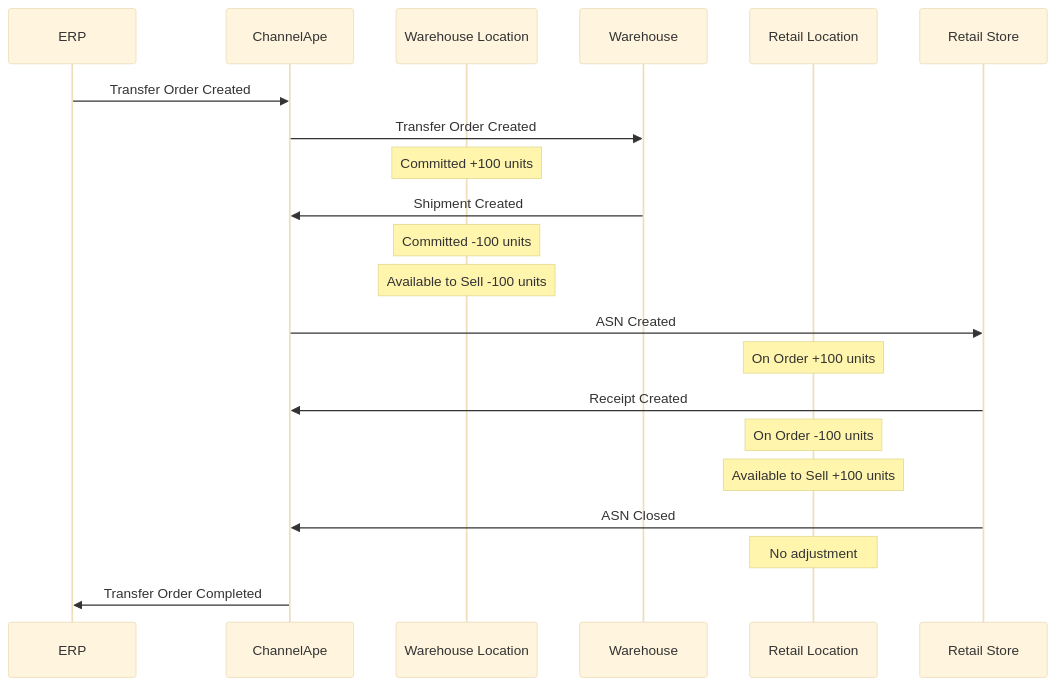
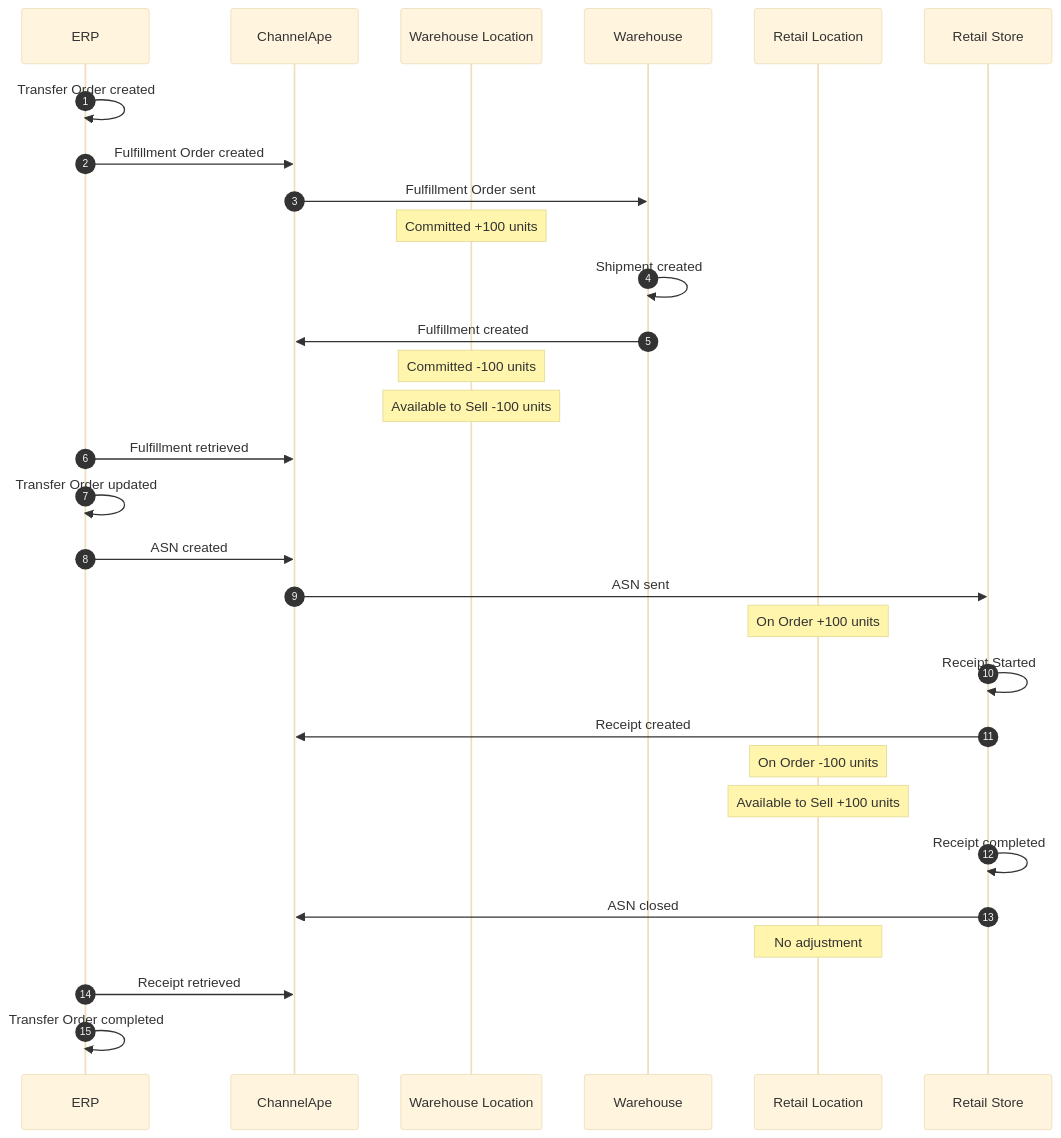
The first of 6 diagrams in data flows/transfer orders/README.md (ChannelApe/channelape-docs), drawn with Mermaid (base theme) before and after one commit. The commit also changed other lines of this file, not shown here.

Commit message:
Updated Transfer Orders & Damages Refurb examples

````diff
--- a/data flows/transfer orders/README.md
+++ b/data flows/transfer orders/README.md
@@ -7,30 +7,44 @@
 ```mermaid
 sequenceDiagram
+    autonumber
     participant ERP
     participant ChannelApe
     participant Warehouse Location
     participant Warehouse
     participant Retail Location
     participant Retail Store
 
-    ERP->>ChannelApe: Transfer Order Created
+    ERP->>ERP: Transfer Order created
+    ERP->>ChannelApe: Fulfillment Order created
 
-    ChannelApe->>Warehouse: Transfer Order Created
+    ChannelApe->>Warehouse: Fulfillment Order sent
     note over Warehouse Location: Committed +100 units
+
+    Warehouse->>Warehouse: Shipment created
     
-    Warehouse->>ChannelApe: Shipment Created
+    Warehouse->>ChannelApe: Fulfillment created
     note over Warehouse Location: Committed -100 units
     note over Warehouse Location: Available to Sell -100 units
+
+    ERP->>ChannelApe: Fulfillment retrieved
+    ERP->>ERP: Transfer Order updated
+    ERP->>ChannelApe: ASN created
     
-    ChannelApe->>Retail Store: ASN Created
+    ChannelApe->>Retail Store: ASN sent
     note over Retail Location: On Order +100 units
 
-    Retail Store->>ChannelApe: Receipt Created
+    Retail Store->>Retail Store: Receipt Started
+
+    Retail Store->>ChannelApe: Receipt created
     note over Retail Location: On Order -100 units
     note over Retail Location: Available to Sell +100 units
 
-    Retail Store->>ChannelApe: ASN Closed
+    Retail Store->>Retail Store: Receipt completed
+
+    Retail Store->>ChannelApe: ASN closed
     note over Retail Location: No adjustment
 
-    ChannelApe->>ERP: Transfer Order Completed
+    ERP->>ChannelApe: Receipt retrieved
+
+    ERP->>ERP: Transfer Order completed
 ```
````
